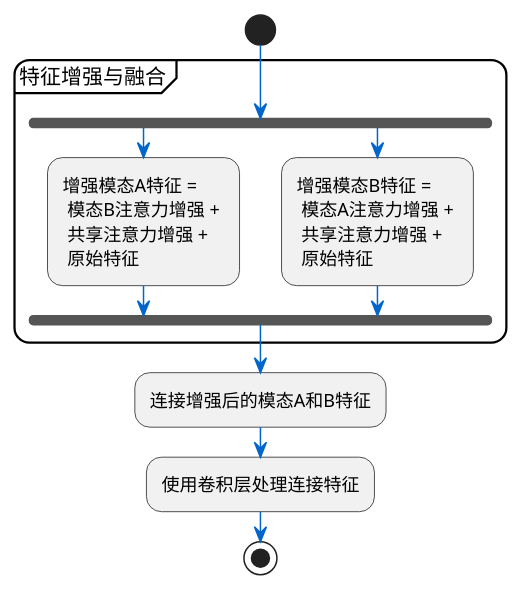
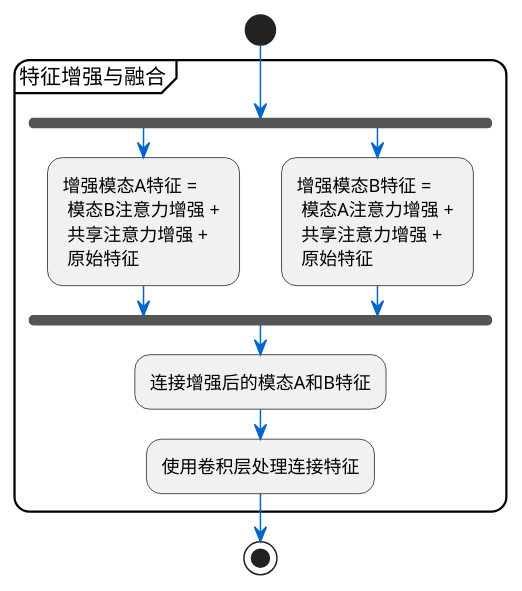
The diagram in doc/image/双向通道注意力/双向通道注意力-特征增强与融合.puml (Mriris/HeteroCD-GOLD), drawn with PlantUML before and after one commit. The commit also changed other lines of this file and 7 other files, not shown here.

Commit message:
流程图模块化

```diff
--- a/doc/image/双向通道注意力/双向通道注意力-特征增强与融合.puml
+++ b/doc/image/双向通道注意力/双向通道注意力-特征增强与融合.puml
@@ -1,26 +1,26 @@
 @startuml 双向通道注意力-特征增强与融合
 skinparam backgroundColor white
 skinparam roundcorner 20
 skinparam ArrowColor #0066CC
 
 start
 
 partition "特征增强与融合" {
   fork
      :增强模态A特征 = 
       模态B注意力增强 + 
       共享注意力增强 + 
       原始特征;
   fork again
      :增强模态B特征 = 
       模态A注意力增强 + 
       共享注意力增强 + 
       原始特征;
   end fork
-}
 
 :连接增强后的模态A和B特征;
 :使用卷积层处理连接特征;
 
+}
 stop
 @enduml 
```
